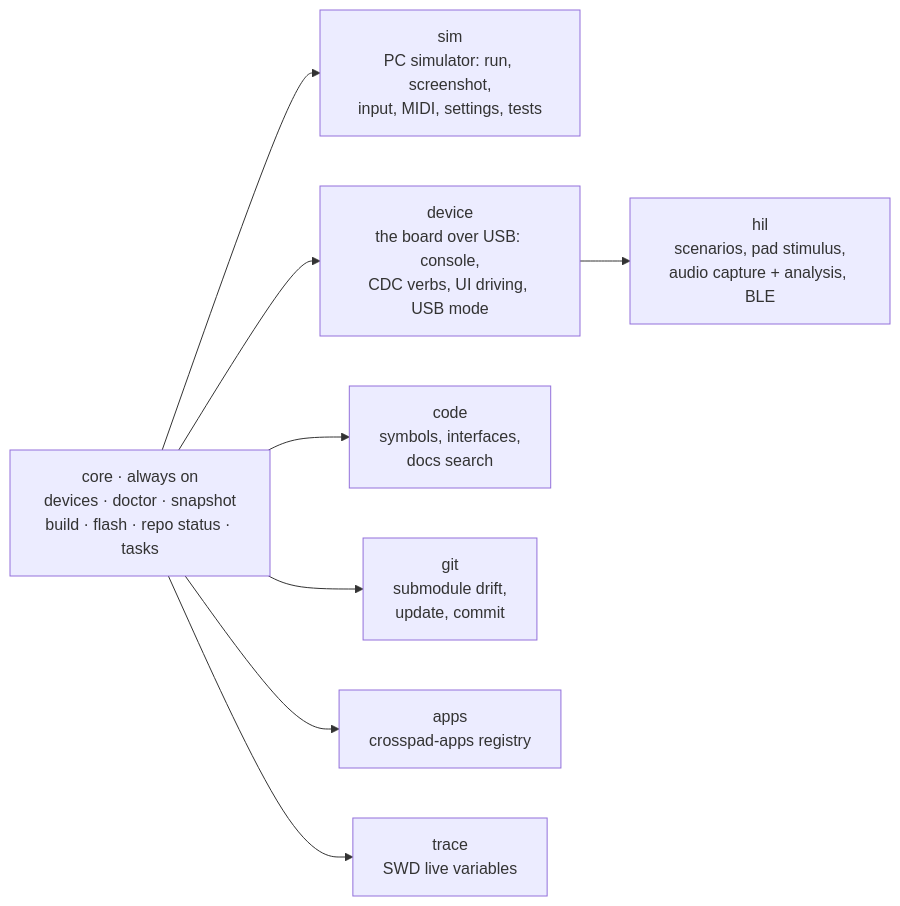
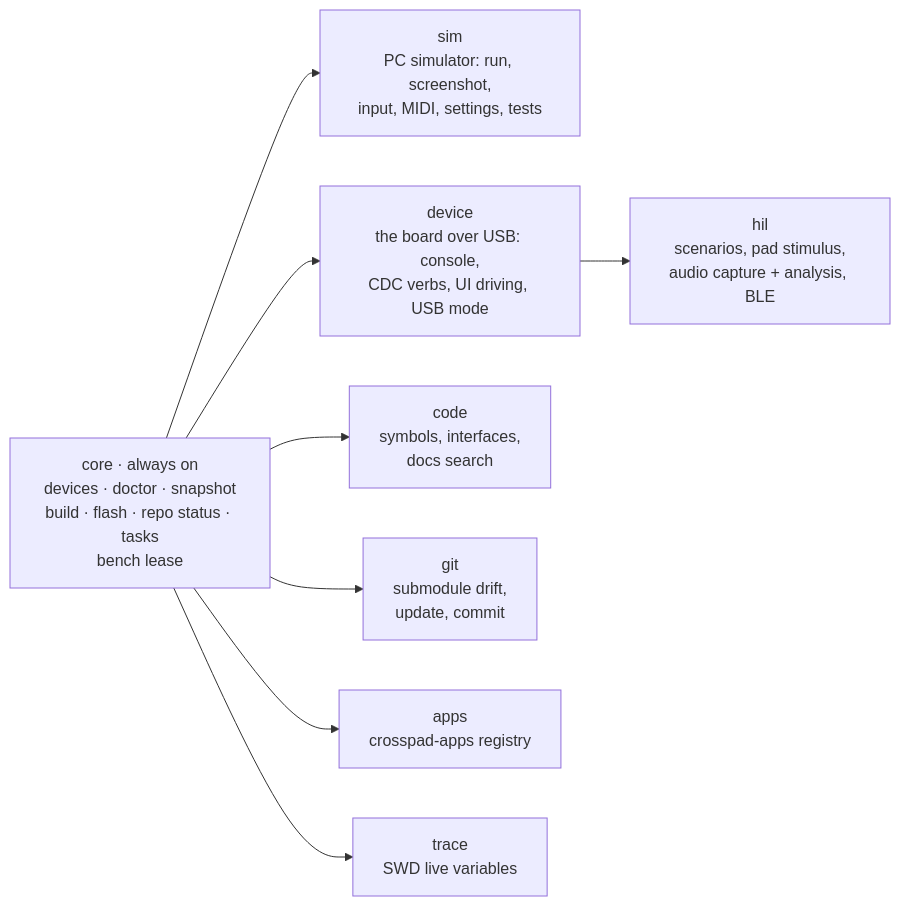
Before and after one commit to CrossPad/crosspad-mcp: the diagram in README.md, drawn with Mermaid. The commit also changed 15 other files, not shown here.

First line of the commit message:
feat(bench): crosspad_bench_claim/release/status; hardware tools carry the holder

````diff
--- a/README.md
+++ b/README.md
@@ -67,14 +67,14 @@
 ```mermaid
 flowchart LR
-    core["core · always on<br/>devices · doctor · snapshot<br/>build · flash · repo status · tasks"]
+    core["core · always on<br/>devices · doctor · snapshot<br/>build · flash · repo status · tasks<br/>bench lease"]
     sim["sim<br/>PC simulator: run, screenshot,<br/>input, MIDI, settings, tests"]
     device["device<br/>the board over USB: console,<br/>CDC verbs, UI driving, USB mode"]
     hil["hil<br/>scenarios, pad stimulus,<br/>audio capture + analysis, BLE"]
     code["code<br/>symbols, interfaces,<br/>docs search"]
     git["git<br/>submodule drift,<br/>update, commit"]
     apps["apps<br/>crosspad-apps registry"]
     trace["trace<br/>SWD live variables"]
     core --> sim & device & code & git & apps
     device --> hil
     core --> trace
 ```
````
